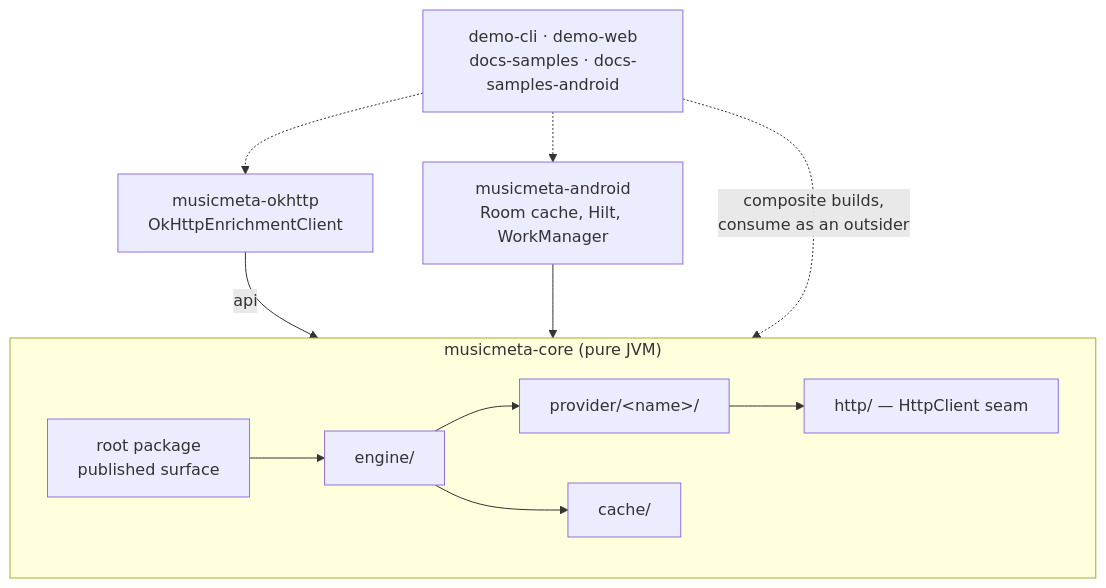
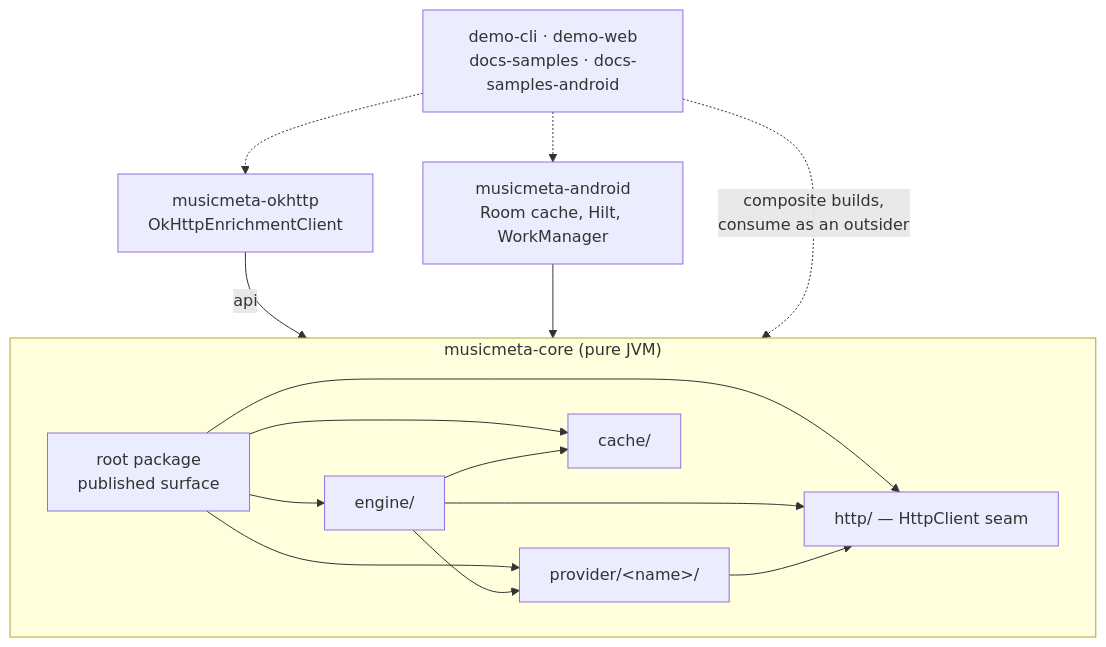
The first of 2 diagrams in ARCHITECTURE.md (famesjranko/musicmeta), drawn with Mermaid before and after one commit. The commit also changed other lines of this file and 1 other file, not shown here.

First line of the commit message:
docs: correct what the review found in the architecture doc

````diff
--- a/ARCHITECTURE.md
+++ b/ARCHITECTURE.md
@@ -30,19 +32,23 @@
 ```mermaid
 flowchart TD
     subgraph core["musicmeta-core (pure JVM)"]
         published["root package<br/>published surface"]
         engine["engine/"]
         provider["provider/&lt;name&gt;/"]
         cache["cache/"]
         http["http/ — HttpClient seam"]
         published --> engine
+        published --> provider
+        published --> cache
+        published --> http
         engine --> provider
         engine --> cache
+        engine --> http
         provider --> http
     end
     okhttp["musicmeta-okhttp<br/>OkHttpEnrichmentClient"] -->|api| core
     android["musicmeta-android<br/>Room cache, Hilt, WorkManager"] --> core
     demos["demo-cli · demo-web<br/>docs-samples · docs-samples-android"] -.->|composite builds,<br/>consume as an outsider| core
     demos -.-> okhttp
     demos -.-> android
 ```
````
